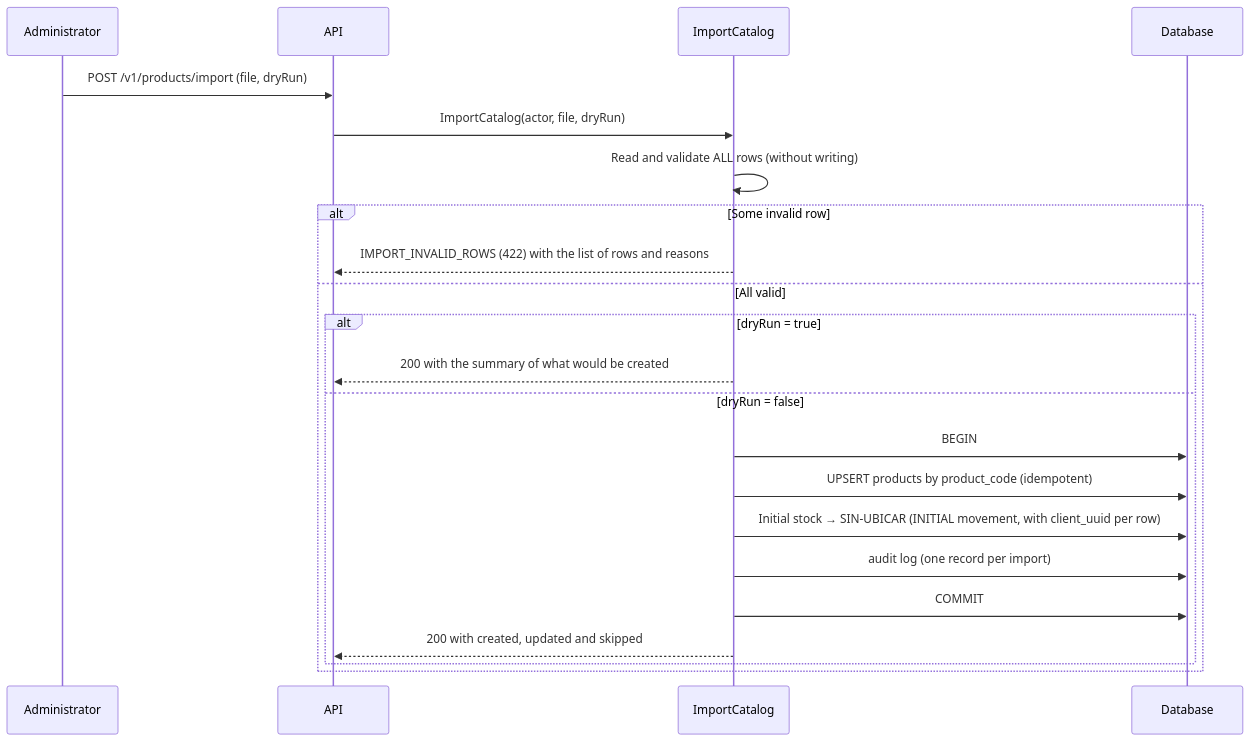
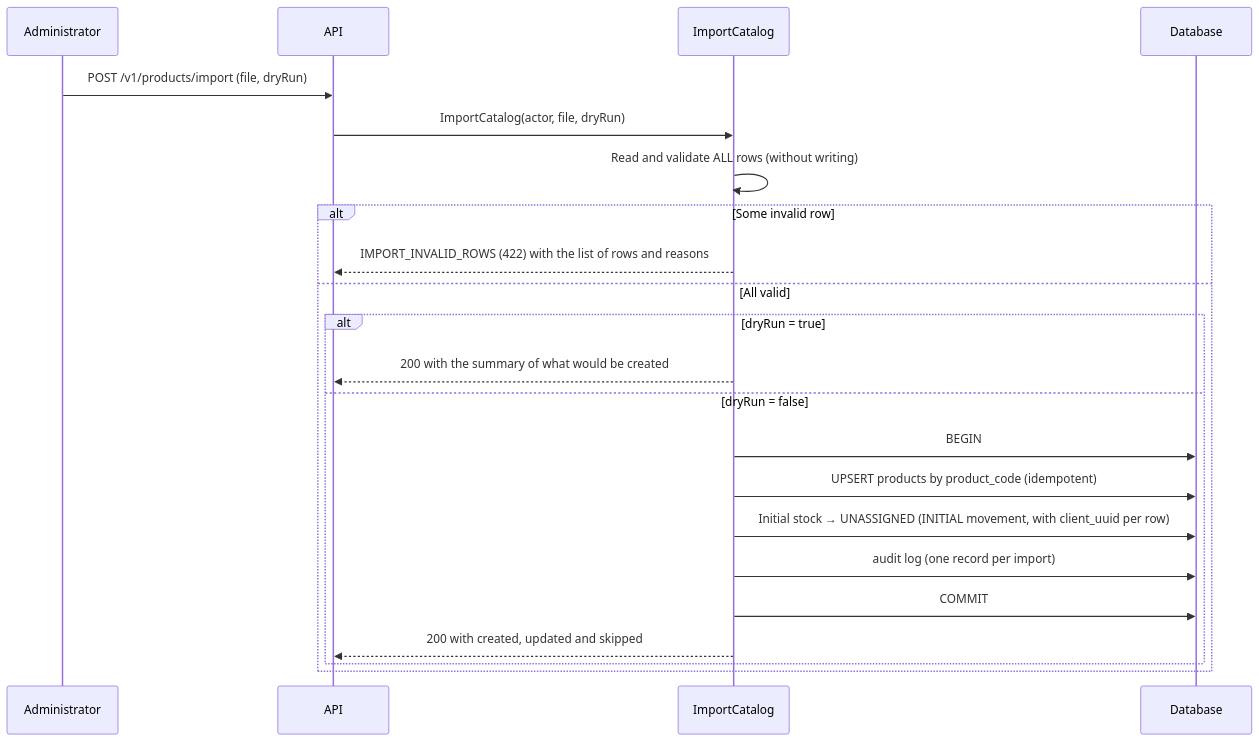
Before and after one commit to maag070208/AXZY_STOCK_FLOW: the diagram in docs/flujos/catalogo.md, drawn with Mermaid. The commit also changed other lines of this file and 27 other files, not shown here.

````diff
--- a/docs/flujos/catalogo.md
+++ b/docs/flujos/catalogo.md
@@ -34,25 +34,25 @@
 ```mermaid
 sequenceDiagram
     participant Adm as Administrator
     participant API
     participant UC as ImportCatalog
     participant DB as Database
 
     Adm->>API: POST /v1/products/import (file, dryRun)
     API->>UC: ImportCatalog(actor, file, dryRun)
     UC->>UC: Read and validate ALL rows (without writing)
     alt Some invalid row
         UC-->>API: IMPORT_INVALID_ROWS (422) with the list of rows and reasons
     else All valid
         alt dryRun = true
             UC-->>API: 200 with the summary of what would be created
         else dryRun = false
             UC->>DB: BEGIN
             UC->>DB: UPSERT products by product_code (idempotent)
-            UC->>DB: Initial stock → SIN-UBICAR (INITIAL movement, with client_uuid per row)
+            UC->>DB: Initial stock → UNASSIGNED (INITIAL movement, with client_uuid per row)
             UC->>DB: audit log (one record per import)
             UC->>DB: COMMIT
             UC-->>API: 200 with created, updated and skipped
         end
     end
 ```
````
